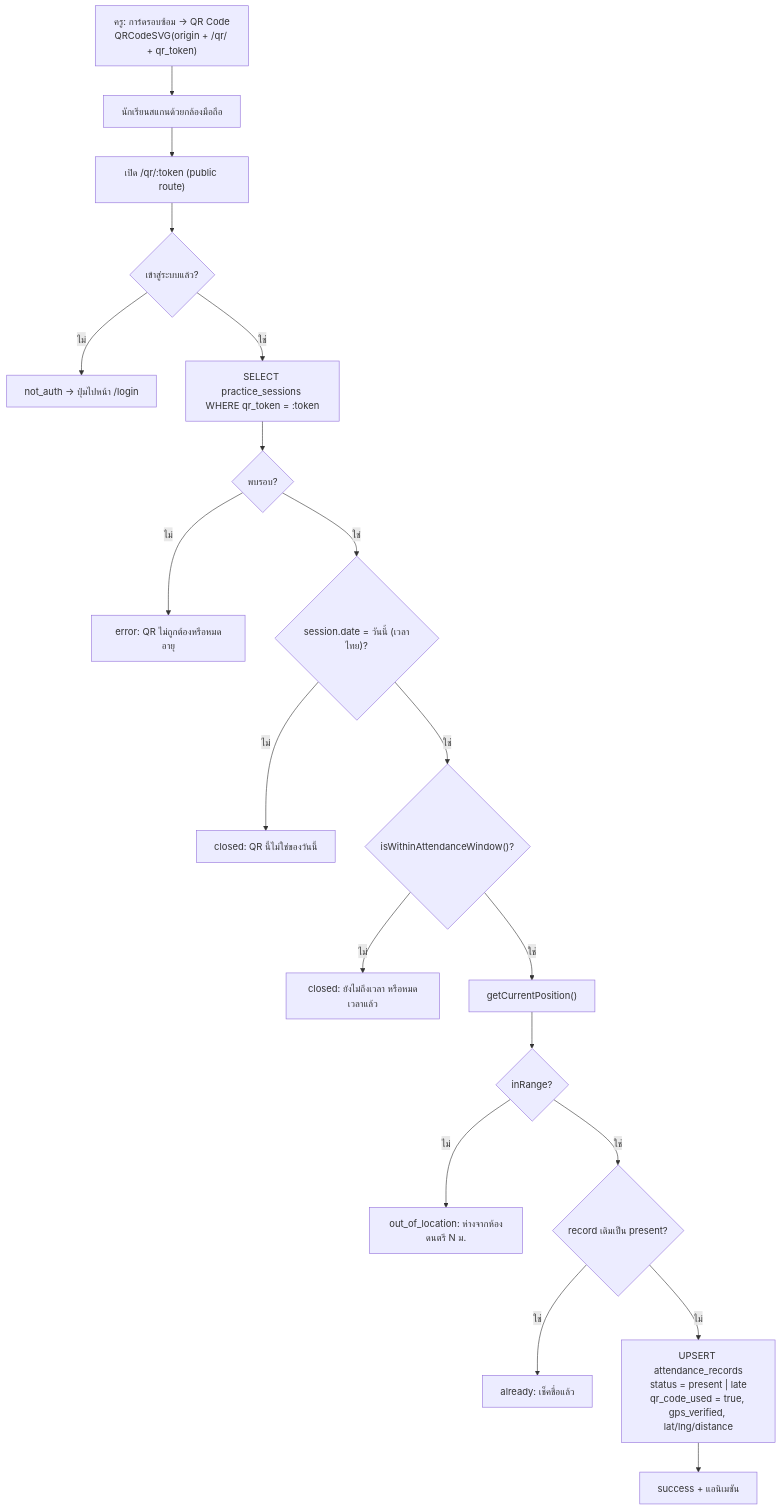
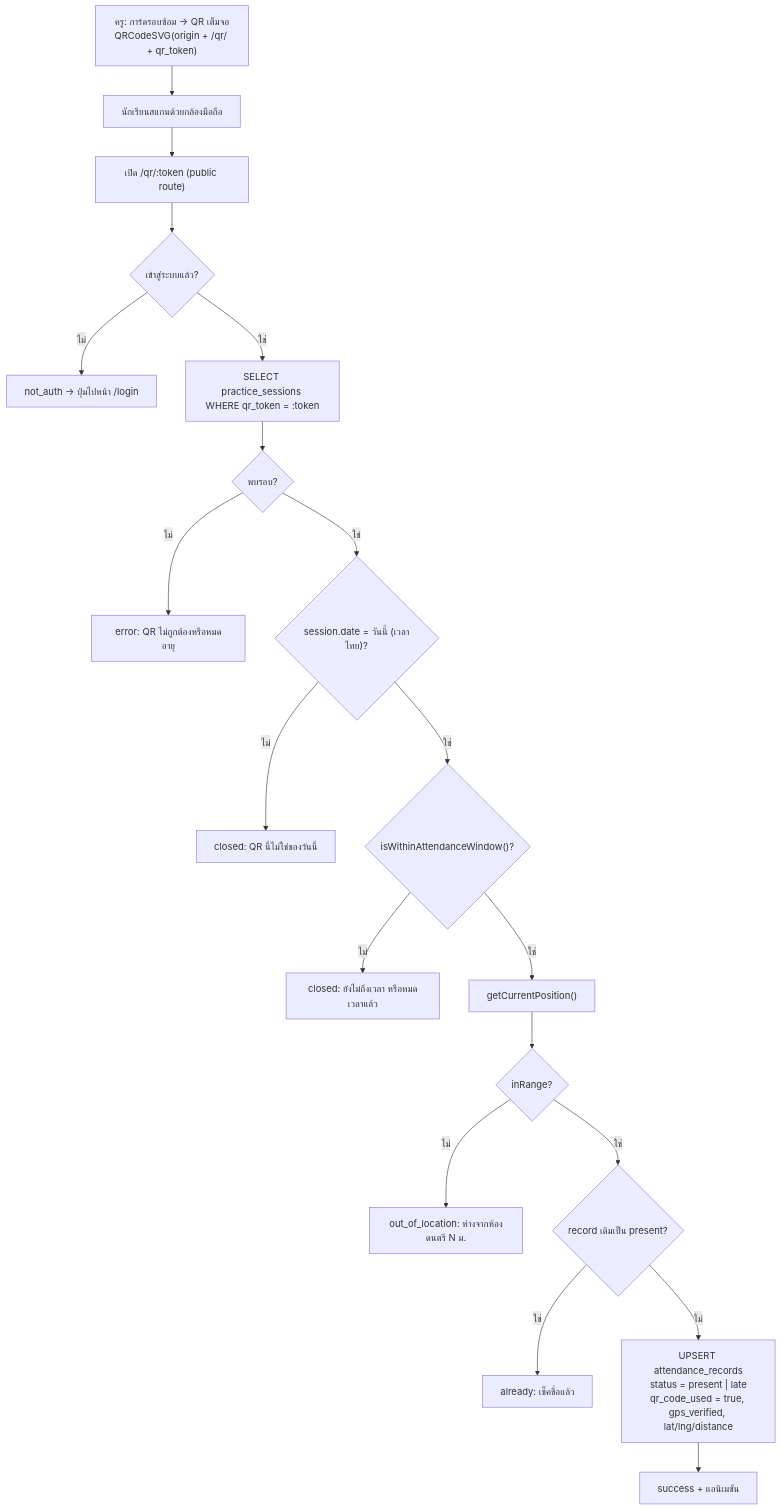
The sixth of 15 diagrams in README.th.md (wachirawitraksa/marching-band-attendance), drawn with Mermaid before and after one commit. The commit also changed other lines of this file and 1 other file, not shown here.

````diff
--- a/README.th.md
+++ b/README.th.md
@@ -313,21 +334,21 @@
 ```mermaid
 flowchart TD
-    T["ครู: การ์ดรอบซ้อม → QR Code<br/>QRCodeSVG(origin + /qr/ + qr_token)"] --> Scan["นักเรียนสแกนด้วยกล้องมือถือ"]
+    T["ครู: การ์ดรอบซ้อม → QR เต็มจอ<br/>QRCodeSVG(origin + /qr/ + qr_token)"] --> Scan["นักเรียนสแกนด้วยกล้องมือถือ"]
     Scan --> Open["เปิด /qr/:token (public route)"]
     Open --> Auth{"เข้าสู่ระบบแล้ว?"}
     Auth -- ไม่ --> NA["not_auth → ปุ่มไปหน้า /login"]
     Auth -- ใช่ --> Find["SELECT practice_sessions WHERE qr_token = :token"]
     Find --> F{"พบรอบ?"}
     F -- ไม่ --> E1["error: QR ไม่ถูกต้องหรือหมดอายุ"]
     F -- ใช่ --> Today{"session.date = วันนี้ (เวลาไทย)?"}
     Today -- ไม่ --> E2["closed: QR นี้ไม่ใช่ของวันนี้"]
     Today -- ใช่ --> Win{"isWithinAttendanceWindow()?"}
     Win -- ไม่ --> E3["closed: ยังไม่ถึงเวลา หรือหมดเวลาแล้ว"]
     Win -- ใช่ --> GPS["getCurrentPosition()"]
     GPS --> R{"inRange?"}
     R -- ไม่ --> E4["out_of_location: ห่างจากห้องดนตรี N ม."]
     R -- ใช่ --> Ex{"record เดิมเป็น present?"}
     Ex -- ใช่ --> E5["already: เช็คชื่อแล้ว"]
     Ex -- ไม่ --> Up["UPSERT attendance_records<br/>status = present | late<br/>qr_code_used = true, gps_verified, lat/lng/distance"]
     Up --> OK["success + แอนิเมชัน"]
 ```
````
